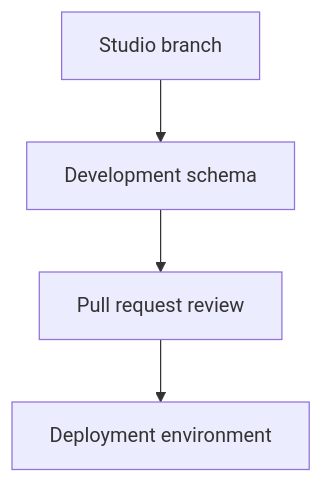
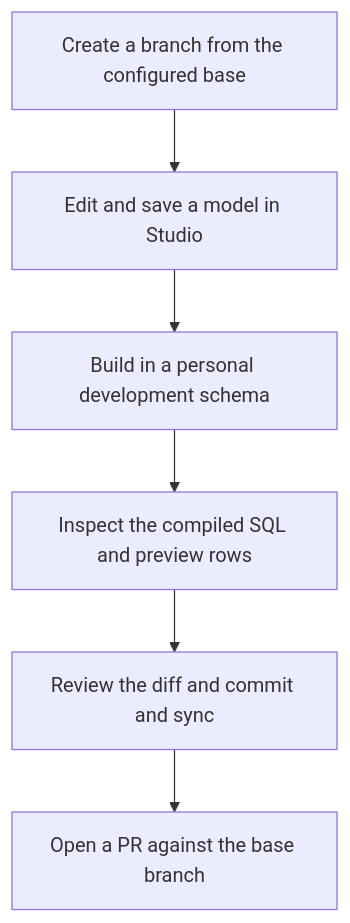
The diagram in docs/lessons/0021-studio-ide-git-and-environment-roles.md (Rohit1024/dbt-learn), drawn with Mermaid before and after one commit. The commit also changed other lines of this file and 4 other files, not shown here.

````diff
--- a/docs/lessons/0021-studio-ide-git-and-environment-roles.md
+++ b/docs/lessons/0021-studio-ide-git-and-environment-roles.md
@@ -7,8 +15,9 @@
 ```mermaid
 flowchart TD
-    A["Studio branch"]
-    B["Development schema"]
-    C["Pull request review"]
-    D["Deployment environment"]
-    A --> B --> C --> D
+    A["Create a branch from the configured base"]
+    A --> B["Edit and save a model in Studio"]
+    B --> C["Build in a personal development schema"]
+    C --> D["Inspect the compiled SQL and preview rows"]
+    D --> E["Review the diff and commit and sync"]
+    E --> F["Open a PR against the base branch"]
 ```
````
